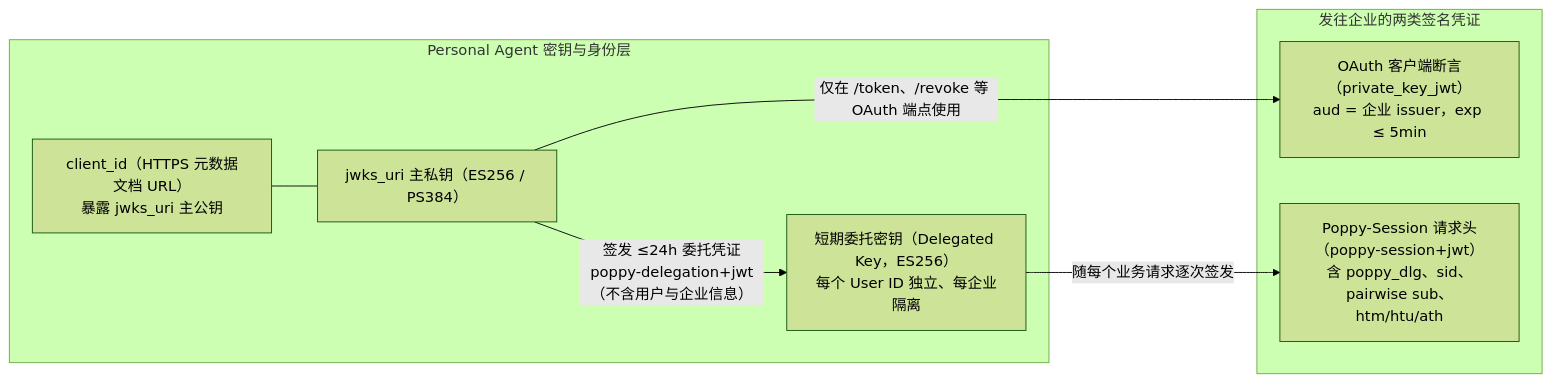
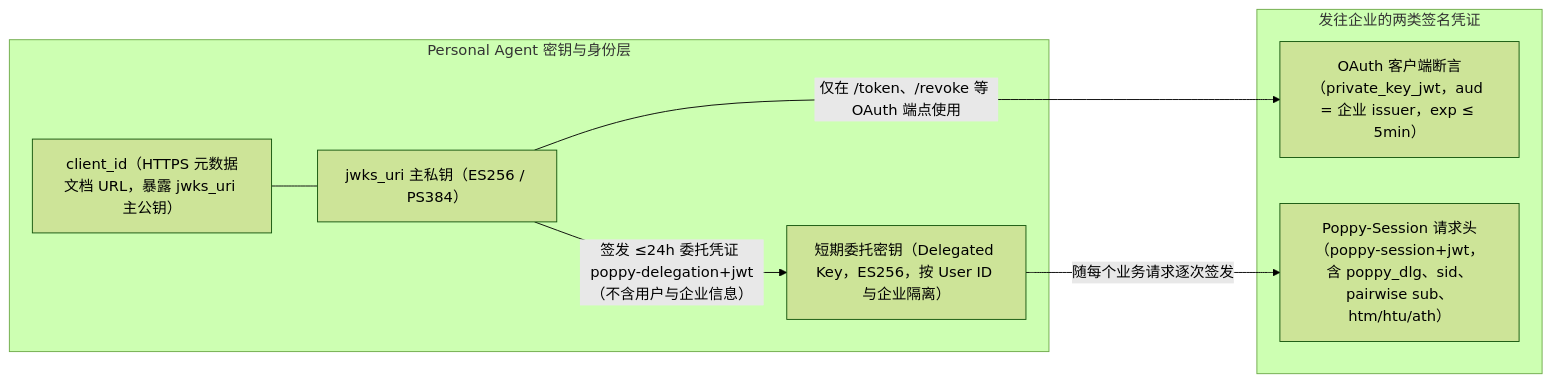
One commit to PerfectPan/wiki changed the second of 2 diagrams in wiki/topics/ai/personal-agent-protocol.md. Above: the diagram before and after it, drawn with Mermaid (forest theme). The commit also changed other lines of this file, not shown here.

Commit message:
fix(ai): remove semicolon in Mermaid sequenceDiagram label

````diff
--- a/wiki/topics/ai/personal-agent-protocol.md
+++ b/wiki/topics/ai/personal-agent-protocol.md
@@ -114,18 +114,18 @@
 ```mermaid
 flowchart LR
   subgraph AgentKeys["Personal Agent 密钥与身份层"]
-    CIMD["client_id（HTTPS 元数据文档 URL）<br/>暴露 jwks_uri 主公钥"]
+    CIMD["client_id（HTTPS 元数据文档 URL，暴露 jwks_uri 主公钥）"]
     MasterKey["jwks_uri 主私钥（ES256 / PS384）"]
-    DlgKey["短期委托密钥（Delegated Key，ES256）<br/>每个 User ID 独立、每企业隔离"]
+    DlgKey["短期委托密钥（Delegated Key，ES256，按 User ID 与企业隔离）"]
     CIMD --- MasterKey
-    MasterKey -->|签发 ≤24h 委托凭证<br/>poppy-delegation+jwt（不含用户与企业信息）| DlgKey
+    MasterKey -->|"签发 ≤24h 委托凭证 poppy-delegation+jwt（不含用户与企业信息）"| DlgKey
   end
 
   subgraph Targets["发往企业的两类签名凭证"]
-    Assertion["OAuth 客户端断言（private_key_jwt）<br/>aud = 企业 issuer，exp ≤ 5min"]
-    SessJWT["Poppy-Session 请求头（poppy-session+jwt）<br/>含 poppy_dlg、sid、pairwise sub、htm/htu/ath"]
+    Assertion["OAuth 客户端断言（private_key_jwt，aud = 企业 issuer，exp ≤ 5min）"]
+    SessJWT["Poppy-Session 请求头（poppy-session+jwt，含 poppy_dlg、sid、pairwise sub、htm/htu/ath）"]
   end
 
-  MasterKey -->|仅在 /token、/revoke 等 OAuth 端点使用| Assertion
-  DlgKey -->|随每个业务请求逐次签发| SessJWT
+  MasterKey -->|"仅在 /token、/revoke 等 OAuth 端点使用"| Assertion
+  DlgKey -->|"随每个业务请求逐次签发"| SessJWT
 ```
````
